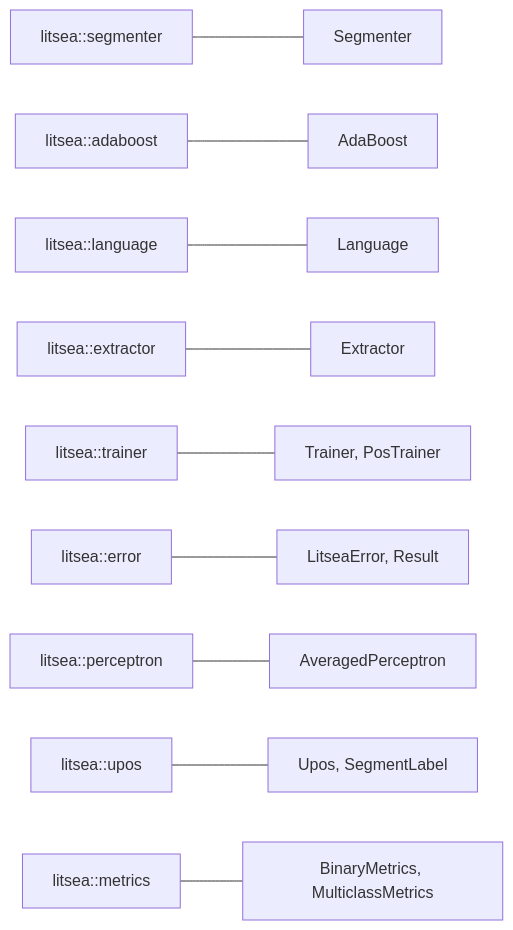
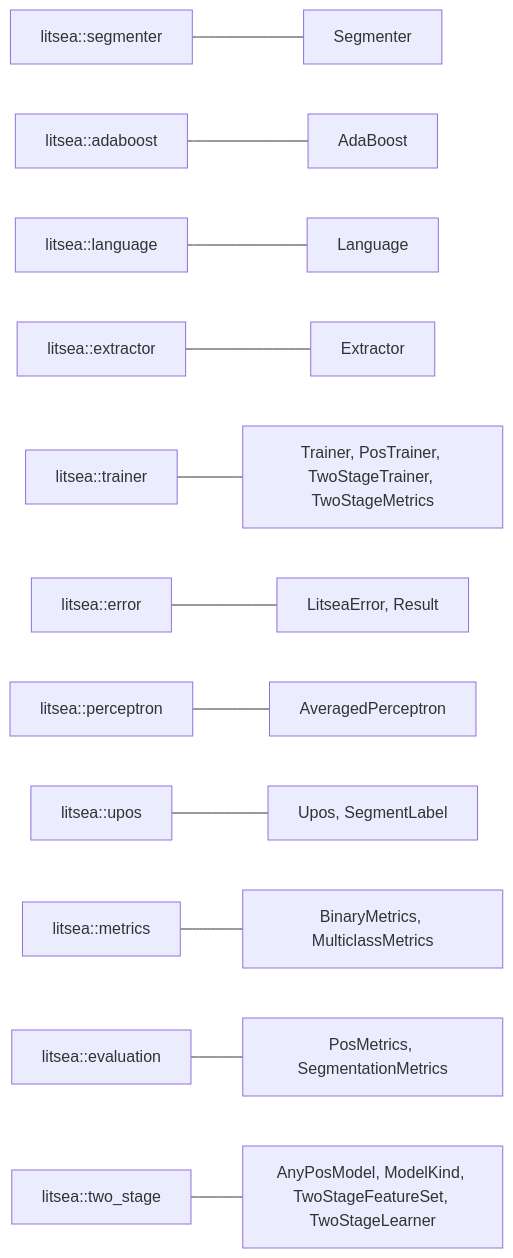
Before and after one commit to mosuka/litsea: the diagram in docs/ja/src/litsea.md, drawn with Mermaid. The commit also changed other lines of this file and 86 other files, not shown here.

````diff
--- a/docs/ja/src/litsea.md
+++ b/docs/ja/src/litsea.md
@@ -16,12 +16,14 @@
 ```mermaid
 graph LR
     A["litsea::segmenter"] --- B["Segmenter"]
     C["litsea::adaboost"] --- D["AdaBoost"]
     E["litsea::language"] --- F["Language"]
     G["litsea::extractor"] --- H["Extractor"]
-    I["litsea::trainer"] --- J["Trainer, PosTrainer"]
+    I["litsea::trainer"] --- J["Trainer, PosTrainer, TwoStageTrainer, TwoStageMetrics"]
     K["litsea::error"] --- L["LitseaError, Result"]
     M["litsea::perceptron"] --- N["AveragedPerceptron"]
     O["litsea::upos"] --- P["Upos, SegmentLabel"]
     Q["litsea::metrics"] --- R["BinaryMetrics, MulticlassMetrics"]
+    S["litsea::evaluation"] --- T["PosMetrics, SegmentationMetrics"]
+    U["litsea::two_stage"] --- V["AnyPosModel, ModelKind, TwoStageFeatureSet, TwoStageLearner"]
 ```
````
